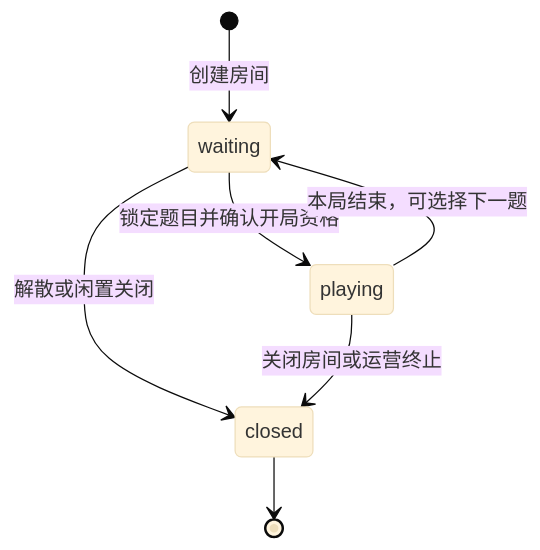
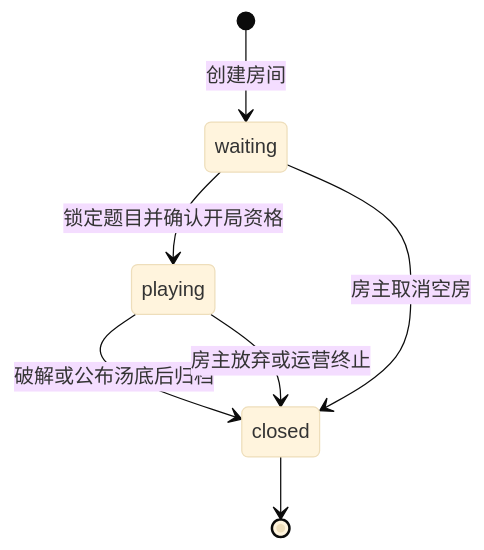
The first of 2 diagrams in docs/rebuild/04-ROOM-JEV.md (ZeroTang05/Situation-Puzzle), drawn with Mermaid (base theme) before and after one commit. The commit also changed other lines of this file and 35 other files, not shown here.

````diff
--- a/docs/rebuild/04-ROOM-JEV.md
+++ b/docs/rebuild/04-ROOM-JEV.md
@@ -18,9 +18,9 @@
 ```mermaid
 stateDiagram-v2
     [*] --> waiting: 创建房间
     waiting --> playing: 锁定题目并确认开局资格
-    playing --> waiting: 本局结束，可选择下一题
-    waiting --> closed: 解散或闲置关闭
-    playing --> closed: 关闭房间或运营终止
+    playing --> closed: 破解或公布汤底后归档
+    waiting --> closed: 房主取消空房
+    playing --> closed: 房主放弃或运营终止
     closed --> [*]
 ```
````
